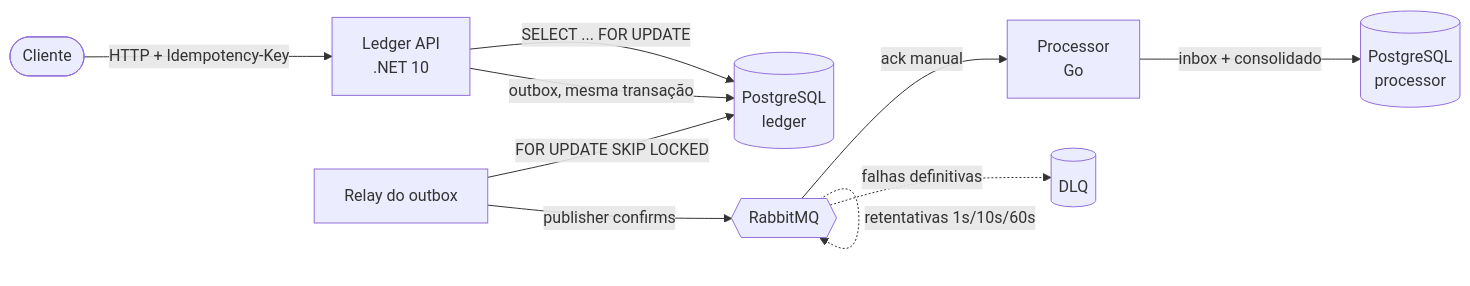
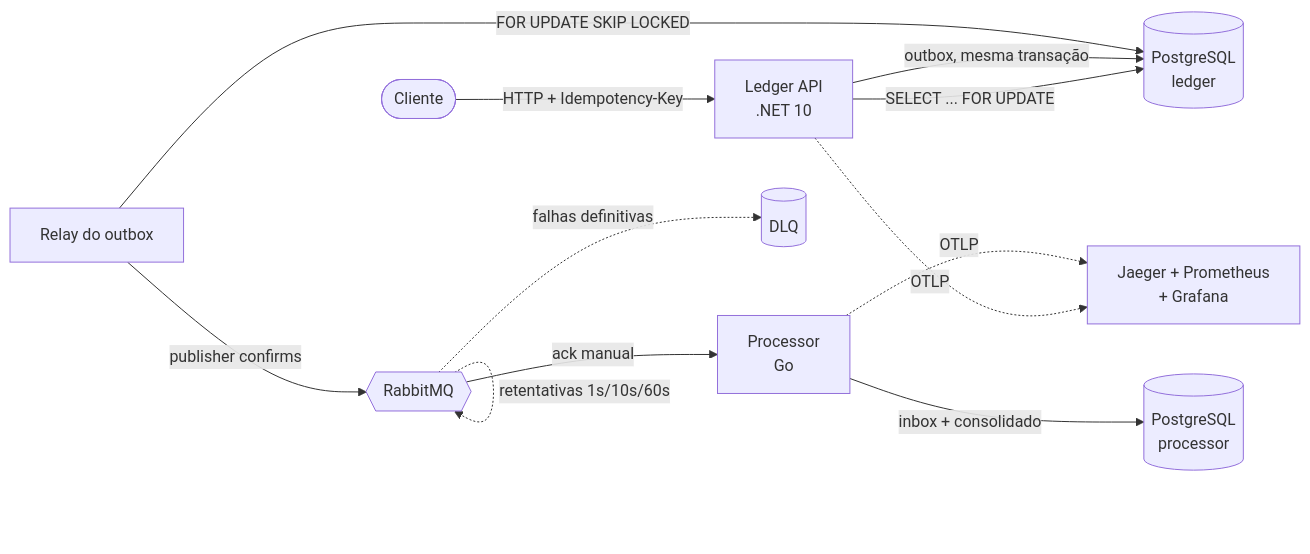
Before and after one commit to alaxpereira/payflow: the diagram in README.md, drawn with Mermaid. The commit also changed other lines of this file and 37 other files, not shown here.

````diff
--- a/README.md
+++ b/README.md
@@ -18,12 +19,14 @@
 ```mermaid
 flowchart LR
     client([Cliente]) -->|HTTP + Idempotency-Key| ledger[Ledger API<br/>.NET 10]
     ledger -->|SELECT ... FOR UPDATE| ldb[(PostgreSQL<br/>ledger)]
     ledger -->|outbox, mesma transação| ldb
     relay[Relay do outbox] -->|FOR UPDATE SKIP LOCKED| ldb
     relay -->|publisher confirms| mq{{RabbitMQ}}
     mq -->|ack manual| processor[Processor<br/>Go]
     mq -.->|retentativas 1s/10s/60s| mq
     mq -.->|falhas definitivas| dlq[(DLQ)]
     processor -->|inbox + consolidado| pdb[(PostgreSQL<br/>processor)]
+    ledger -.->|OTLP| obs[Jaeger + Prometheus<br/>+ Grafana]
+    processor -.->|OTLP| obs
 ```
````
